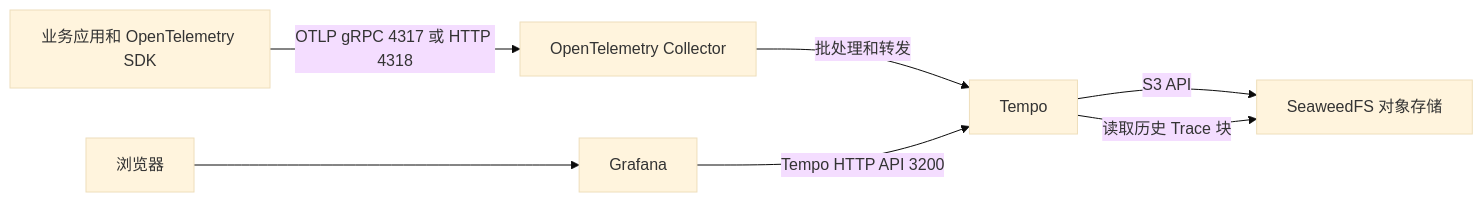
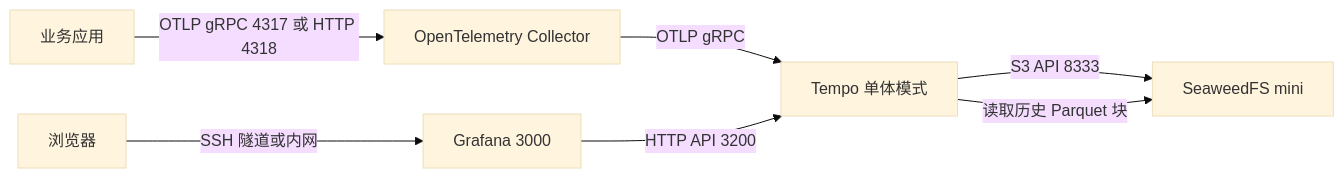
One commit to Xparkone/obsidian changed the diagram in 运维笔记/监控/Tempo-OpenTelemetry-SeaweedFS-Grafana分布式追踪.md. Above: the diagram before and after it, drawn with Mermaid (base theme). The commit also changed other lines of this file, not shown here.

````diff
--- a/运维笔记/监控/Tempo-OpenTelemetry-SeaweedFS-Grafana分布式追踪.md
+++ b/运维笔记/监控/Tempo-OpenTelemetry-SeaweedFS-Grafana分布式追踪.md
@@ -61,9 +60,9 @@
 ```mermaid
 flowchart LR
-    A[业务应用和 OpenTelemetry SDK] -->|OTLP gRPC 4317 或 HTTP 4318| B[OpenTelemetry Collector]
-    B -->|批处理和转发| C[Tempo]
-    C -->|S3 API| D[SeaweedFS 对象存储]
-    E[浏览器] --> F[Grafana]
-    F -->|Tempo HTTP API 3200| C
-    C -->|读取历史 Trace 块| D
+    A[业务应用] -->|OTLP gRPC 4317 或 HTTP 4318| B[OpenTelemetry Collector]
+    B -->|OTLP gRPC| C[Tempo 单体模式]
+    C -->|S3 API 8333| D[SeaweedFS mini]
+    E[浏览器] -->|SSH 隧道或内网| F[Grafana 3000]
+    F -->|HTTP API 3200| C
+    C -->|读取历史 Parquet 块| D
 ```
````
